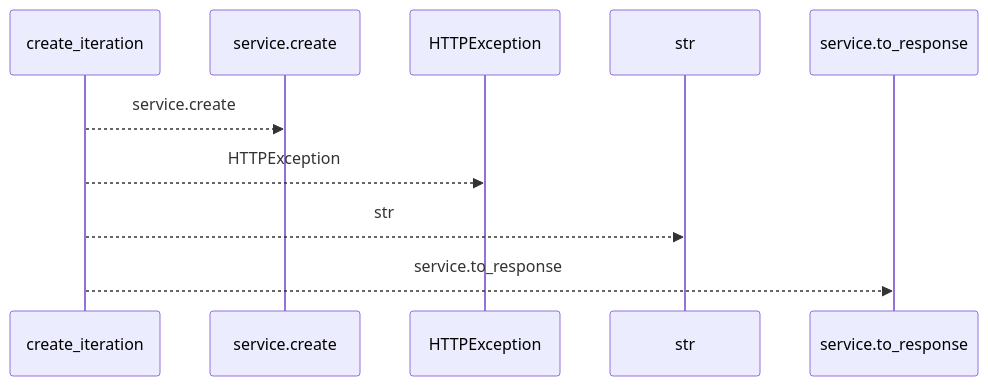
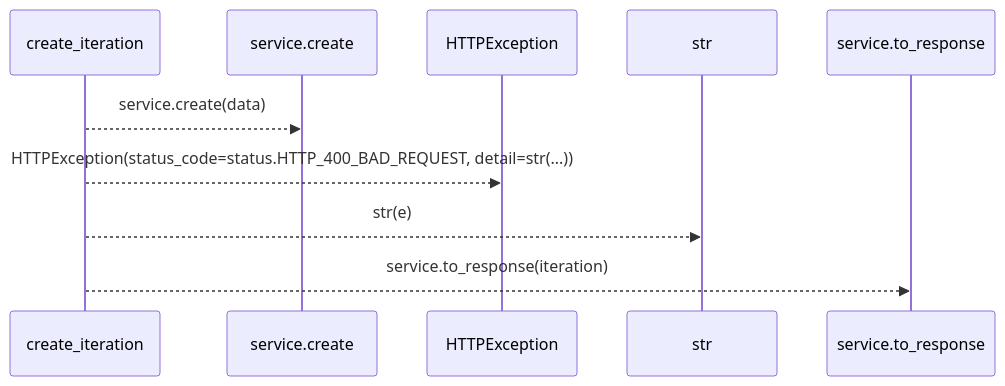
The first of 2 diagrams in docs/llm_wiki/flows/http-create_iteration-iterations.md (Denissvgn/WorkChord), drawn with Mermaid before and after one commit. The commit also changed other lines of this file and 25171 other files, not shown here.

````diff
--- a/docs/llm_wiki/flows/http-create_iteration-iterations.md
+++ b/docs/llm_wiki/flows/http-create_iteration-iterations.md
@@ -10,12 +12,12 @@
 ```mermaid
 sequenceDiagram
     participant p0 as create_iteration
     participant p1 as service.create
     participant p2 as HTTPException
     participant p3 as str
     participant p4 as service.to_response
-    p0-->>p1: service.create
-    p0-->>p2: HTTPException
-    p0-->>p3: str
-    p0-->>p4: service.to_response
+    p0-->>p1: service.create(data)
+    p0-->>p2: HTTPException(status_code=status.HTTP_400_BAD_REQUEST, detail=str(...))
+    p0-->>p3: str(e)
+    p0-->>p4: service.to_response(iteration)
 ```
````
